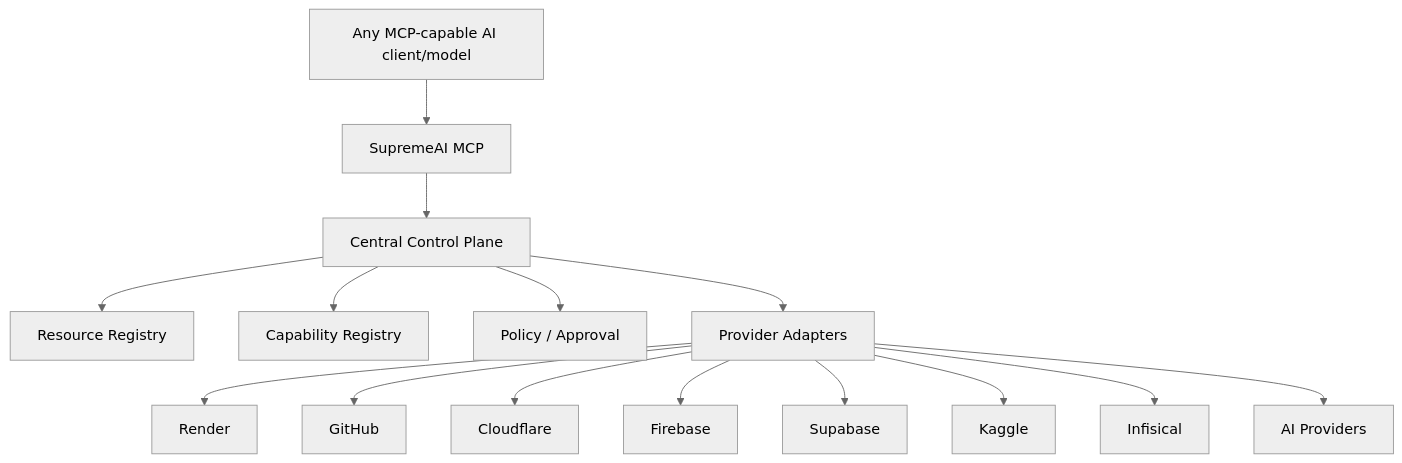
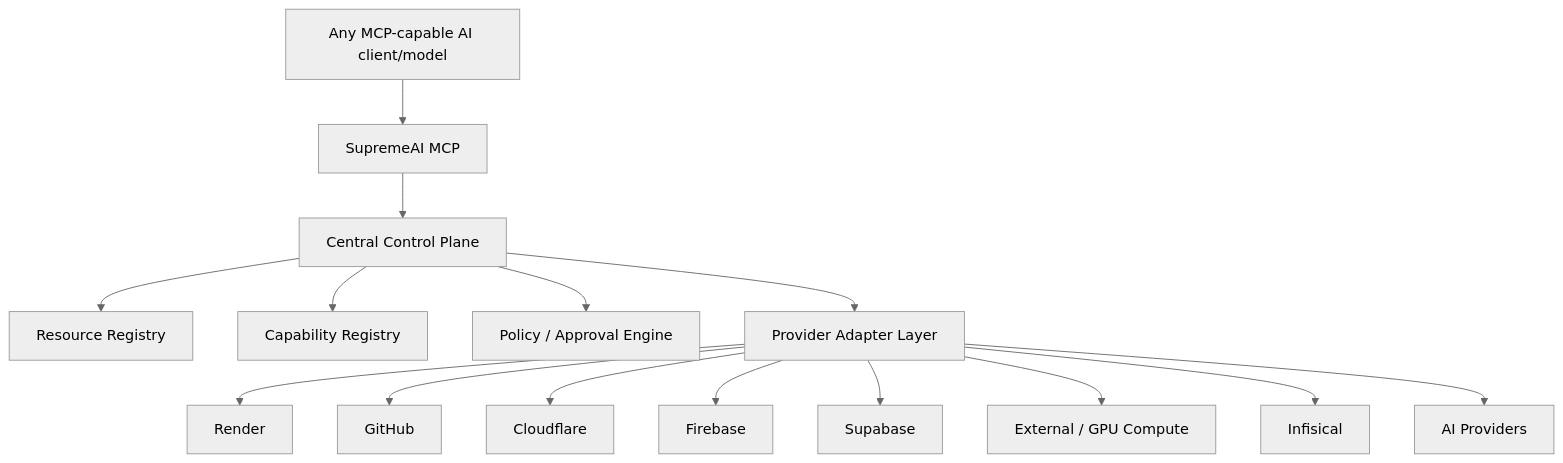
The sixth of 8 diagrams in README.md (SaifulHaqueNiloy/supremeai), drawn with Mermaid (neutral theme) before and after one commit. The commit also changed other lines of this file, not shown here.

Commit message:
docs: add SupremeAI constitution and complete service architecture guide

````diff
--- a/README.md
+++ b/README.md
@@ -386,18 +708,18 @@
 ```mermaid
 flowchart TB
-    CLIENT["Any MCP-capable AI client/model"] --> MCP[SupremeAI MCP]
-    MCP --> CP[Central Control Plane]
-    CP --> RR[Resource Registry]
-    CP --> CR[Capability Registry]
-    CP --> PR[Policy / Approval]
-    CP --> PA[Provider Adapters]
+    CLIENT["Any MCP-capable AI client/model"] --> MCP["SupremeAI MCP"]
+    MCP --> CP["Central Control Plane"]
+    CP --> RR["Resource Registry"]
+    CP --> CR["Capability Registry"]
+    CP --> PR["Policy / Approval Engine"]
+    CP --> PA["Provider Adapter Layer"]
 
     PA --> R[Render]
     PA --> G[GitHub]
     PA --> C[Cloudflare]
     PA --> F[Firebase]
     PA --> S[Supabase]
-    PA --> K[Kaggle]
+    PA --> K[External / GPU Compute]
     PA --> I[Infisical]
-    PA --> A[AI Providers]
+    PA --> AI[AI Providers]
 ```
````
